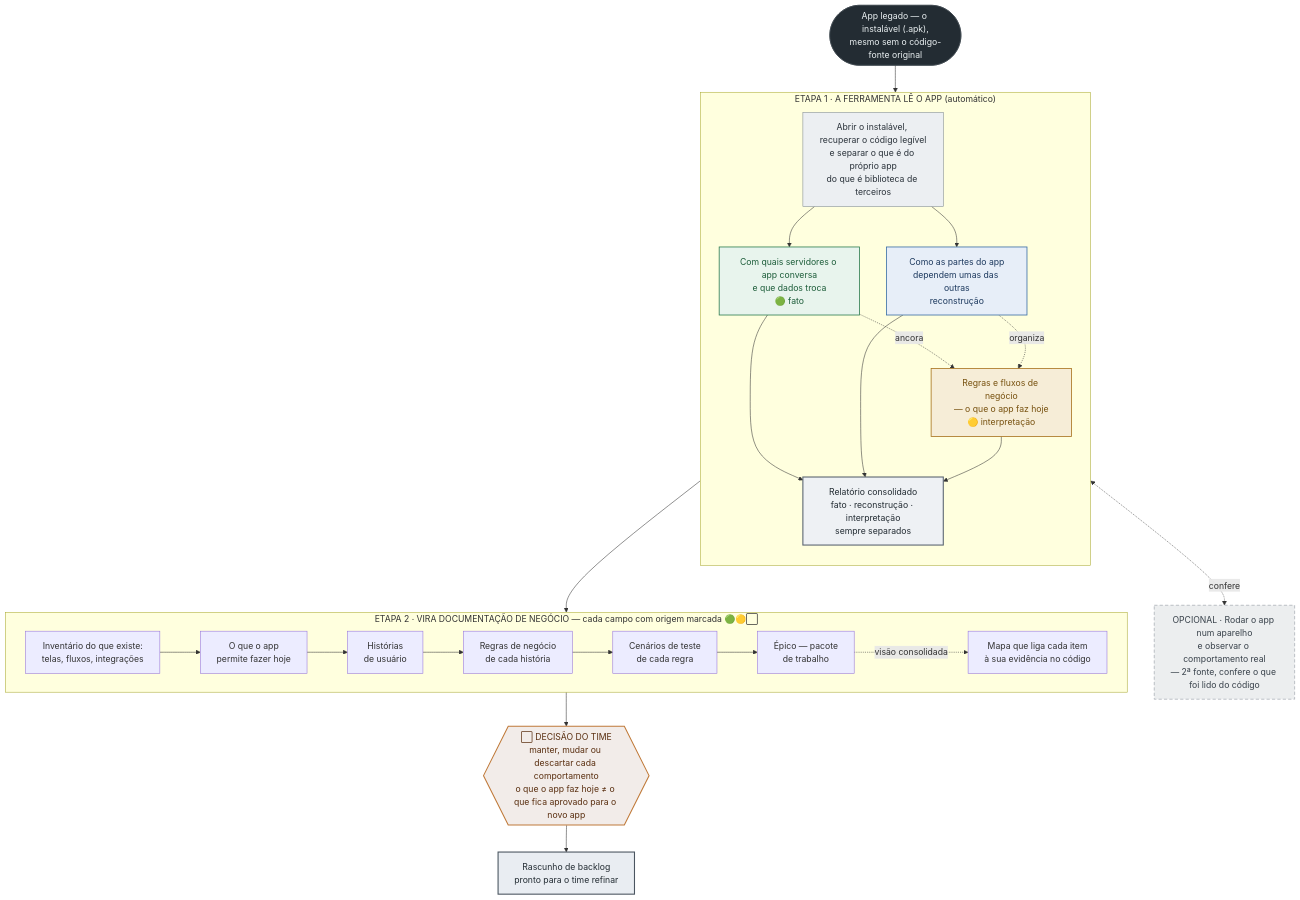
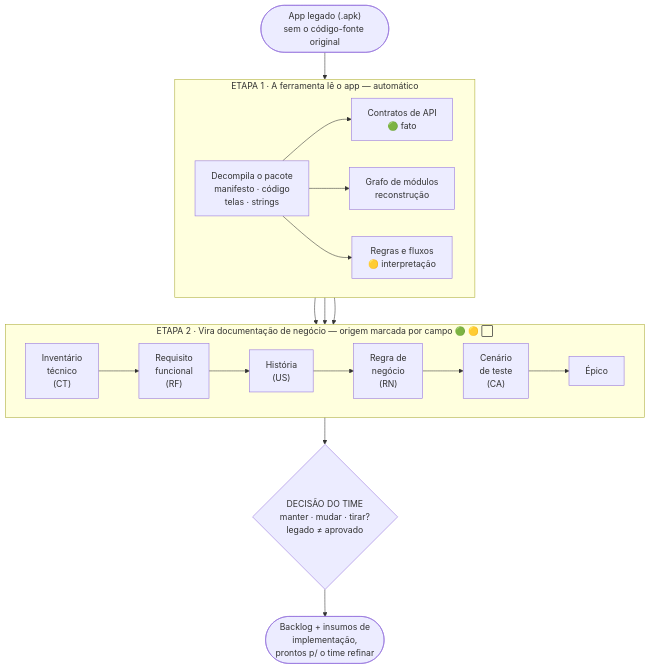
Before and after one commit to arthuravilacompass/agent-kit: the diagram in plugins/mobile/skills/apk-archaeology/references/modelo-relatorio.pt-BR.md, drawn with Mermaid. The commit also changed other lines of this file and 4 other files, not shown here.

````diff
--- a/plugins/mobile/skills/apk-archaeology/references/modelo-relatorio.pt-BR.md
+++ b/plugins/mobile/skills/apk-archaeology/references/modelo-relatorio.pt-BR.md
@@ -92,49 +31,30 @@
 ```mermaid
-flowchart TD
-  APK([" App legado — o instalável (.apk),<br/>mesmo sem o código-fonte original "]):::input
+flowchart TB
+  APK(["App legado (.apk)<br/>sem o código-fonte original"])
 
-  subgraph EST["ETAPA 1 · A FERRAMENTA LÊ O APP (automático)"]
-    direction TB
-    PREP["Abrir o instalável, recuperar o código legível<br/>e separar o que é do próprio app<br/>do que é biblioteca de terceiros"]:::step
-    B["Com quais servidores o app conversa<br/>e que dados troca<br/>🟢 fato"]:::fact
-    C["Como as partes do app<br/>dependem umas das outras<br/>reconstrução"]:::recon
-    A["Regras e fluxos de negócio<br/>— o que o app faz hoje<br/>🟡 interpretação"]:::infer
-    CONS["Relatório consolidado<br/>fato · reconstrução · interpretação<br/>sempre separados"]:::consol
-    PREP --> B
-    PREP --> C
-    B -. ancora .-> A
-    C -. organiza .-> A
-    B --> CONS
-    C --> CONS
-    A --> CONS
+  subgraph E1["ETAPA 1 · A ferramenta lê o app — automático"]
+    direction LR
+    DEC["Decompila o pacote<br/>manifesto · código<br/>telas · strings"]
+    B["Contratos de API<br/>🟢 fato"]
+    C["Grafo de módulos<br/>reconstrução"]
+    A["Regras e fluxos<br/>🟡 interpretação"]
+    DEC --> B
+    DEC --> C
+    DEC --> A
   end
-  APK --> PREP
 
-  V2["OPCIONAL · Rodar o app num aparelho<br/>e observar o comportamento real<br/>— 2ª fonte, confere o que foi lido do código"]:::opt
-  CONS <-. confere .-> V2
+  subgraph E2["ETAPA 2 · Vira documentação de negócio — origem marcada por campo 🟢 🟡 ⬜"]
+    direction LR
+    CT["Inventário<br/>técnico<br/>(CT)"] --> RF["Requisito<br/>funcional<br/>(RF)"] --> US["História<br/>(US)"] --> RN["Regra de<br/>negócio<br/>(RN)"] --> CA["Cenário<br/>de teste<br/>(CA)"] --> EP["Épico"]
+  end
 
-  subgraph REL["ETAPA 2 · VIRA DOCUMENTAÇÃO DE NEGÓCIO — cada campo com origem marcada 🟢🟡⬜"]
-    direction LR
-    CT["Inventário do que existe:<br/>telas, fluxos, integrações"] --> RF["O que o app<br/>permite fazer hoje"]
-    RF --> US["Histórias<br/>de usuário"]
-    US --> RN["Regras de negócio<br/>de cada história"]
-    RN --> CA["Cenários de teste<br/>de cada regra"]
-    CA --> EP["Épico — pacote<br/>de trabalho"]
-    EP -. visão consolidada .-> MX["Mapa que liga cada item<br/>à sua evidência no código"]
-  end
-  CONS --> CT
+  H{"DECISÃO DO TIME<br/>manter · mudar · tirar?<br/>legado ≠ aprovado"}
+  BL(["Backlog + insumos de<br/>implementação,<br/>prontos p/ o time refinar"])
 
-  H{{"⬜ DECISÃO DO TIME<br/>manter, mudar ou descartar cada comportamento<br/>o que o app faz hoje ≠ o que fica aprovado para o novo app"}}:::human
+  APK --> DEC
+  B --> CT
+  C --> CT
+  A --> CT
   EP --> H
-  H --> BL["Rascunho de backlog<br/>pronto para o time refinar"]:::backlog
-
-  classDef input fill:#232c33,color:#eaf0f2,stroke:#3a444c;
-  classDef step fill:#eceff2,color:#2b333b,stroke:#7d8790;
-  classDef fact fill:#e8f4ed,color:#1d5d3a,stroke:#2f7d51,stroke-width:1.5px;
-  classDef recon fill:#e7eef8,color:#1e3a5f,stroke:#3b6ea5,stroke-width:1.5px;
-  classDef infer fill:#f6edd7,color:#77510f,stroke:#a9741f,stroke-width:1.5px;
-  classDef consol fill:#eef1f4,color:#232c33,stroke:#5a6470,stroke-width:2px;
-  classDef opt fill:#eceeef,color:#39424b,stroke:#8b929a,stroke-dasharray:6 4;
-  classDef human fill:#f2ece9,color:#5a2f10,stroke:#c07a3a,stroke-width:2px;
-  classDef backlog fill:#e9edf2,color:#232c33,stroke:#4a5560,stroke-width:2px;
+  H --> BL
 ```
````
